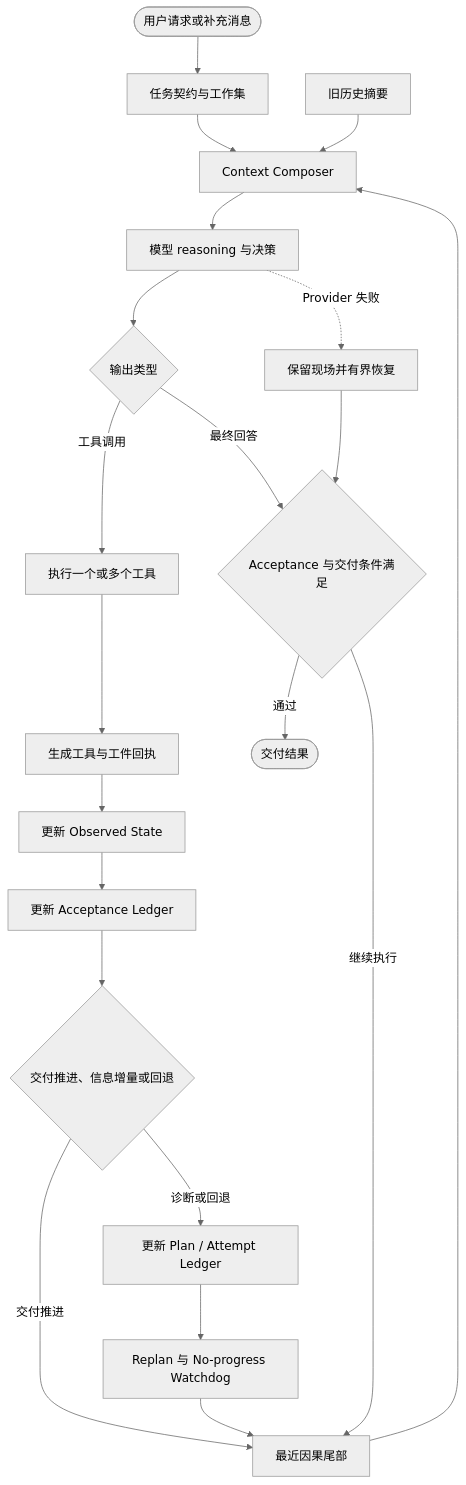
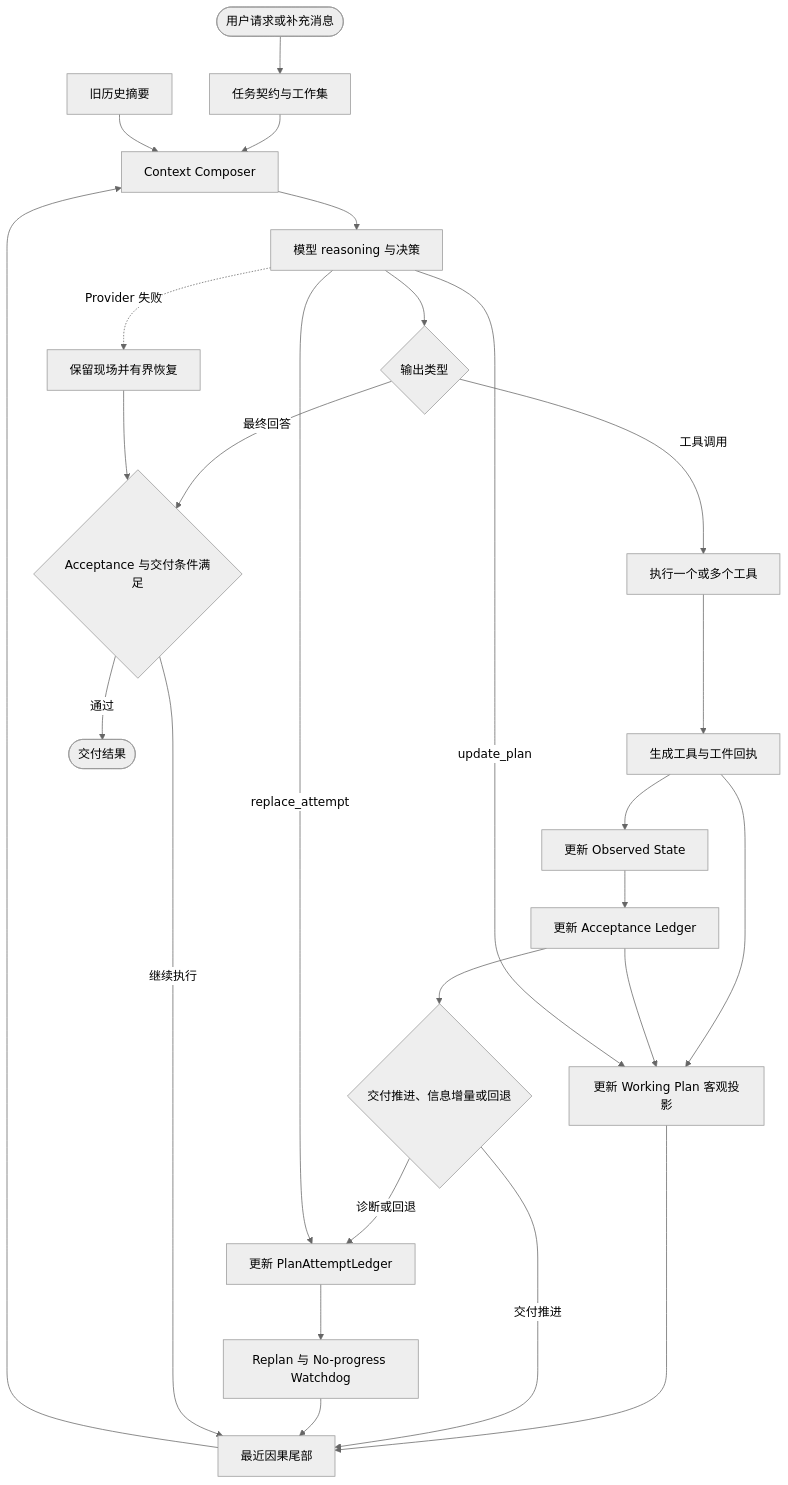
Before and after one commit to Carri1Sun/Ranni: the diagram in docs/tech/v2-architecture/agent-arch/general-agent-harness/01-overview-and-contracts.md, drawn with Mermaid (neutral theme). The commit also changed other lines of this file and 55 other files, not shown here.

````diff
--- a/docs/tech/v2-architecture/agent-arch/general-agent-harness/01-overview-and-contracts.md
+++ b/docs/tech/v2-architecture/agent-arch/general-agent-harness/01-overview-and-contracts.md
@@ -91,23 +92,28 @@
 ```mermaid
 flowchart TD
     user([用户请求或补充消息]) --> taskContract[任务契约与工作集]
     taskContract --> composer[Context Composer]
     archive[旧历史摘要] --> composer
     causalTail[最近因果尾部] --> composer
     composer --> model[模型 reasoning 与决策]
     model --> output{输出类型}
     output -->|工具调用| tools[执行一个或多个工具]
     tools --> receipts[生成工具与工件回执]
     receipts --> observed[更新 Observed State]
     observed --> acceptance[更新 Acceptance Ledger]
+    receipts --> plan[更新 Working Plan 客观投影]
+    acceptance --> plan
+    model -->|update_plan| plan
+    plan --> causalTail
     acceptance --> progress{交付推进、信息增量或回退}
     progress -->|交付推进| causalTail
-    progress -->|诊断或回退| attempts[更新 Plan / Attempt Ledger]
+    progress -->|诊断或回退| attempts[更新 PlanAttemptLedger]
+    model -->|replace_attempt| attempts
     attempts --> watchdog[Replan 与 No-progress Watchdog]
     watchdog --> causalTail
     output -->|最终回答| completion{Acceptance 与交付条件满足}
     completion -->|继续执行| causalTail
     completion -->|通过| final([交付结果])
     model -.->|Provider 失败| recovery[保留现场并有界恢复]
     recovery --> completion
 ```
````
